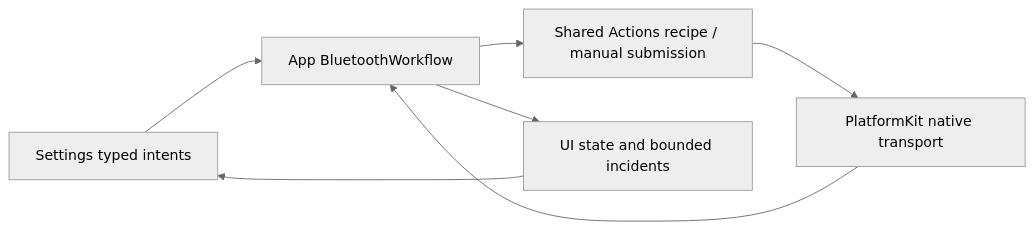
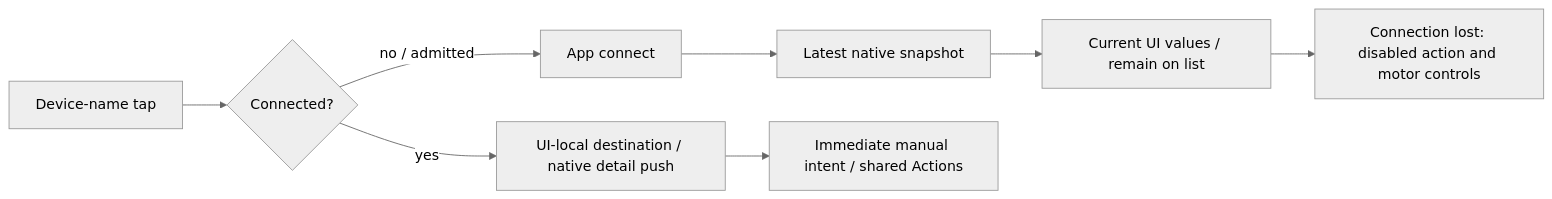
Before and after one commit to devilyouwei/MobileHarness: the second of 3 diagrams in MobileHarness/UI/Settings/README.md, drawn with Mermaid (neutral theme). The commit also changed other lines of this file and 135 other files, not shown here.

````diff
--- a/MobileHarness/UI/Settings/README.md
+++ b/MobileHarness/UI/Settings/README.md
@@ -91,9 +87,10 @@
 ```mermaid
 flowchart LR
-    UI[Settings typed intents] --> Workflow[App BluetoothWorkflow]
-    Workflow --> Actions[Shared Actions recipe / manual submission]
-    Actions --> BLE[PlatformKit native transport]
-    BLE --> Workflow
-    Workflow --> Values[UI state and bounded incidents]
-    Values --> UI
+    Tap[Device-name tap] --> Intent{Connected?}
+    Intent -->|no / admitted| Connect[App connect]
+    Connect --> Latest[Latest native snapshot]
+    Latest --> State[Current UI values / remain on list]
+    Intent -->|yes| Detail[UI-local destination / native detail push]
+    Detail --> Manual[Immediate manual intent / shared Actions]
+    State --> Disabled[Connection lost: disabled action and motor controls]
 ```
````
